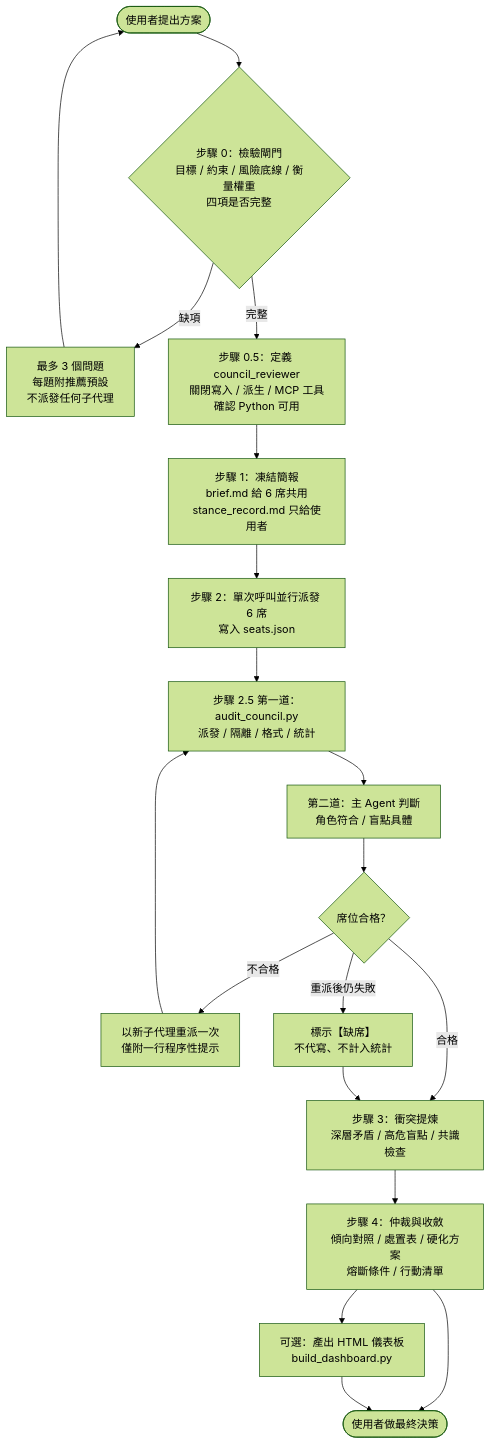
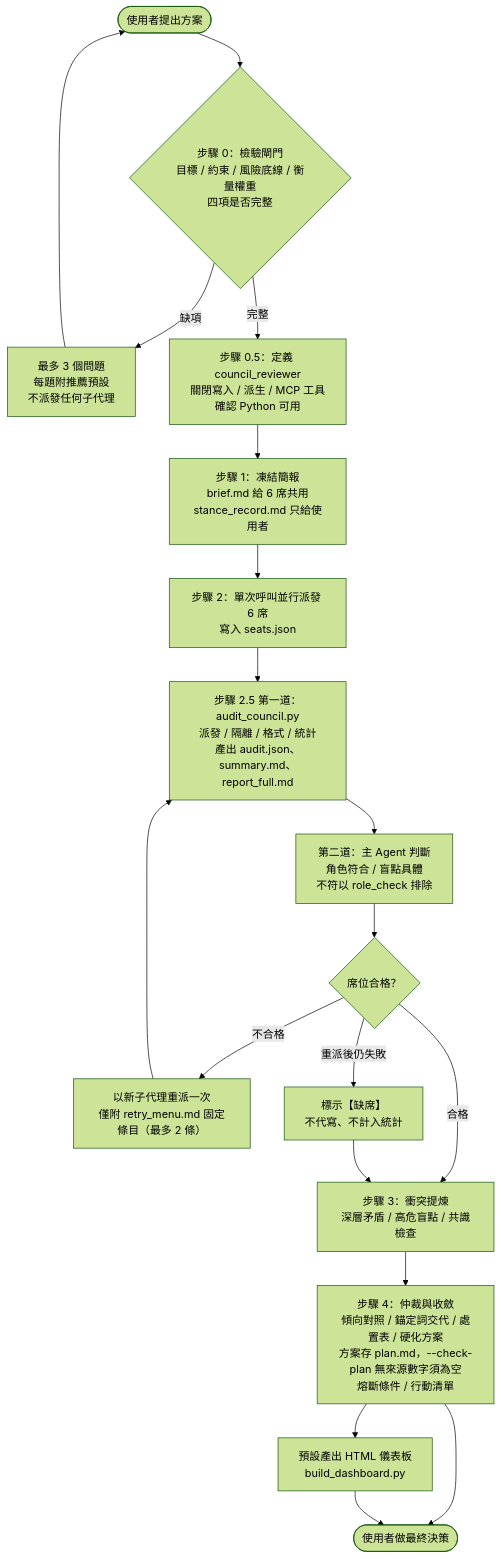
One commit to SKR416/agentic-council changed the first of 4 diagrams in README.md. Above: the diagram before and after it, drawn with Mermaid (forest theme). The commit also changed other lines of this file, not shown here.

Commit message:
docs: README 內文對齊 v2.5.0（重派選單、統計範圍、check-plan、安全邊界、儀表板預設產生、測試說明）

````diff
--- a/README.md
+++ b/README.md
@@ -121,21 +129,21 @@
 ```mermaid
 flowchart TD
     U([使用者提出方案]) --> G{"步驟 0：檢驗閘門<br/>目標 / 約束 / 風險底線 / 衡量權重<br/>四項是否完整"}
     G -- 缺項 --> Q["最多 3 個問題<br/>每題附推薦預設<br/>不派發任何子代理"]
     Q --> U
     G -- 完整 --> S["步驟 0.5：定義 council_reviewer<br/>關閉寫入 / 派生 / MCP 工具<br/>確認 Python 可用"]
     S --> F["步驟 1：凍結簡報<br/>brief.md 給 6 席共用<br/>stance_record.md 只給使用者"]
     F --> D["步驟 2：單次呼叫並行派發 6 席<br/>寫入 seats.json"]
-    D --> A1["步驟 2.5 第一道：audit_council.py<br/>派發 / 隔離 / 格式 / 統計"]
-    A1 --> A2["第二道：主 Agent 判斷<br/>角色符合 / 盲點具體"]
+    D --> A1["步驟 2.5 第一道：audit_council.py<br/>派發 / 隔離 / 格式 / 統計<br/>產出 audit.json、summary.md、report_full.md"]
+    A1 --> A2["第二道：主 Agent 判斷<br/>角色符合 / 盲點具體<br/>不符以 role_check 排除"]
     A2 --> R{"席位合格？"}
-    R -- 不合格 --> RE["以新子代理重派一次<br/>僅附一行程序性提示"]
+    R -- 不合格 --> RE["以新子代理重派一次<br/>僅附 retry_menu.md 固定條目（最多 2 條）"]
     RE --> A1
     R -- 重派後仍失敗 --> AB["標示【缺席】<br/>不代寫、不計入統計"]
     R -- 合格 --> SY
     AB --> SY["步驟 3：衝突提煉<br/>深層矛盾 / 高危盲點 / 共識檢查"]
-    SY --> AR["步驟 4：仲裁與收斂<br/>傾向對照 / 處置表 / 硬化方案<br/>熔斷條件 / 行動清單"]
-    AR --> DB["可選：產出 HTML 儀表板<br/>build_dashboard.py"]
+    SY --> AR["步驟 4：仲裁與收斂<br/>傾向對照 / 錨定詞交代 / 處置表 / 硬化方案<br/>方案存 plan.md，--check-plan 無來源數字須為空<br/>熔斷條件 / 行動清單"]
+    AR --> DB["預設產出 HTML 儀表板<br/>build_dashboard.py"]
     AR --> OUT([使用者做最終決策])
     DB --> OUT
 ```
````
